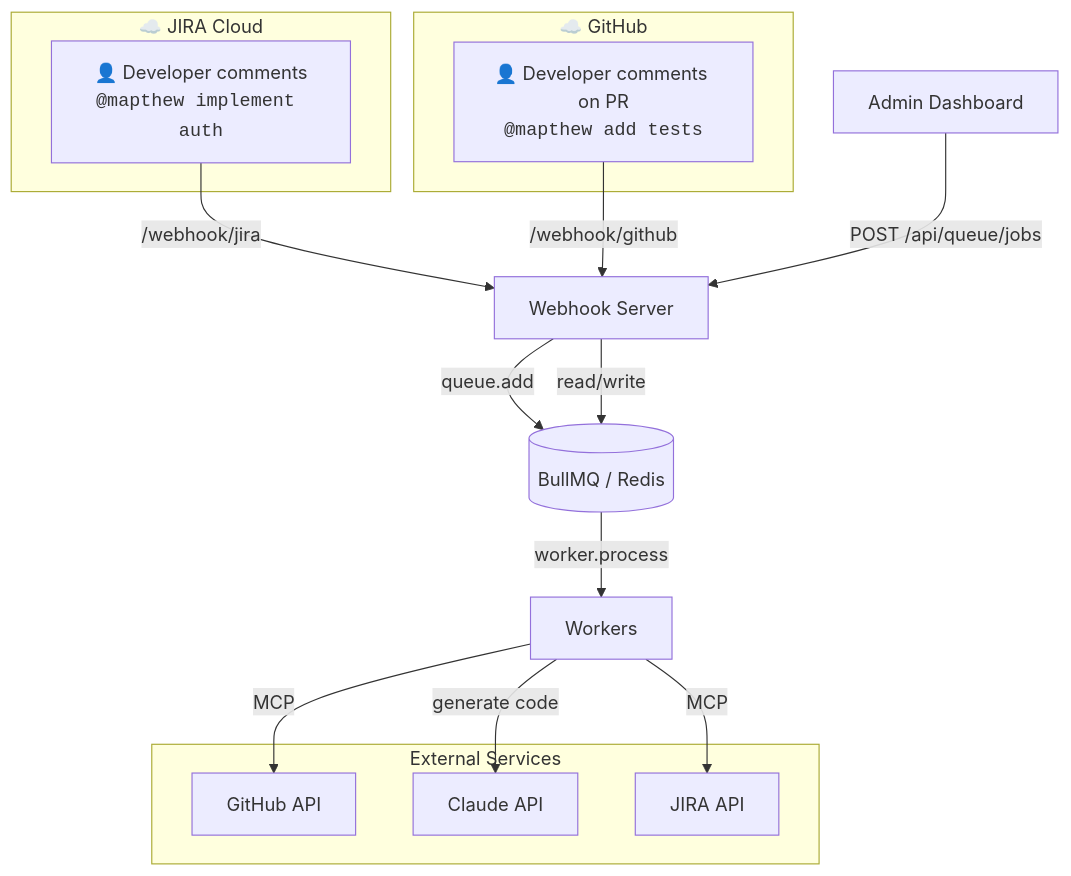
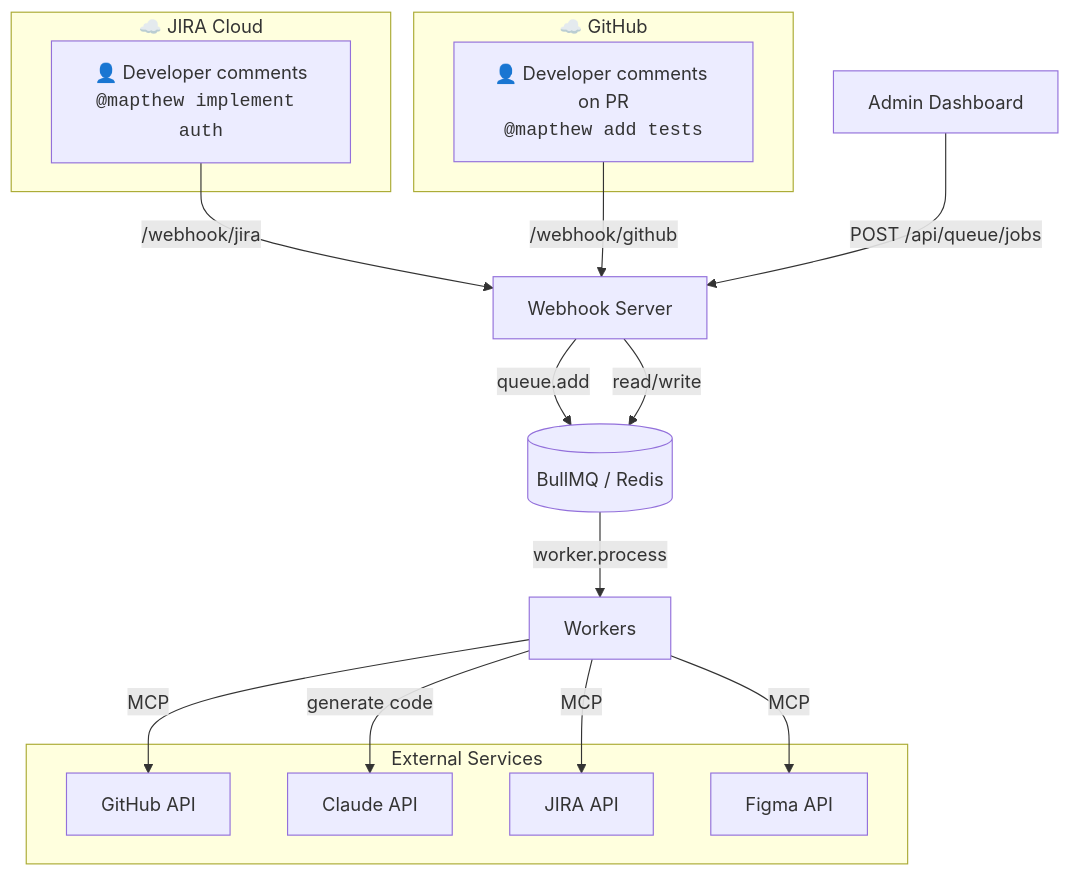
Before and after one commit to mappedin-dev/mapthew: the first of 7 diagrams in docs/architecture.md, drawn with Mermaid. The commit also changed other lines of this file and 18 other files, not shown here.

Commit message:
feat: add support for figma API keys

````diff
--- a/docs/architecture.md
+++ b/docs/architecture.md
@@ -13,33 +13,35 @@
 ```mermaid
 flowchart TD
     subgraph JIRA["☁️ JIRA Cloud"]
         A[👤 Developer comments<br/><code>@mapthew implement auth</code>]
     end
 
     subgraph GitHub["☁️ GitHub"]
         G[👤 Developer comments on PR<br/><code>@mapthew add tests</code>]
     end
 
     B[Webhook Server]
     ADMIN[Admin Dashboard]
 
     C[("BullMQ / Redis")]
     D[Workers]
 
     subgraph External["External Services"]
         H[GitHub API]
         I[Claude API]
         J[JIRA API]
+        K[Figma API]
     end
 
     A -->|/webhook/jira| B
     G -->|/webhook/github| B
     ADMIN -->|POST /api/queue/jobs| B
     B -->|queue.add| C
     C -->|worker.process| D
     D -->|MCP| J
     D -->|MCP| H
+    D -->|MCP| K
     D -->|generate code| I
 
     B -->|read/write| C
 ```
````
